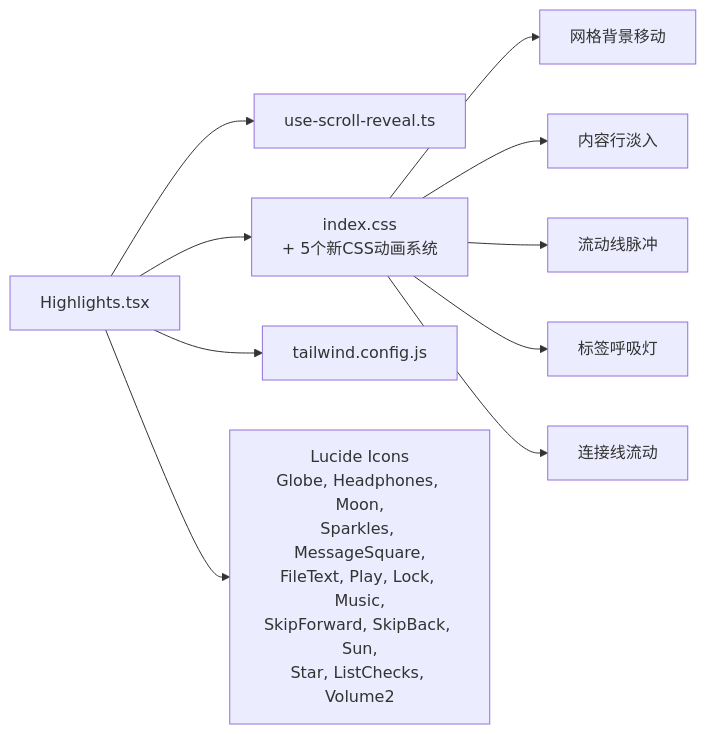
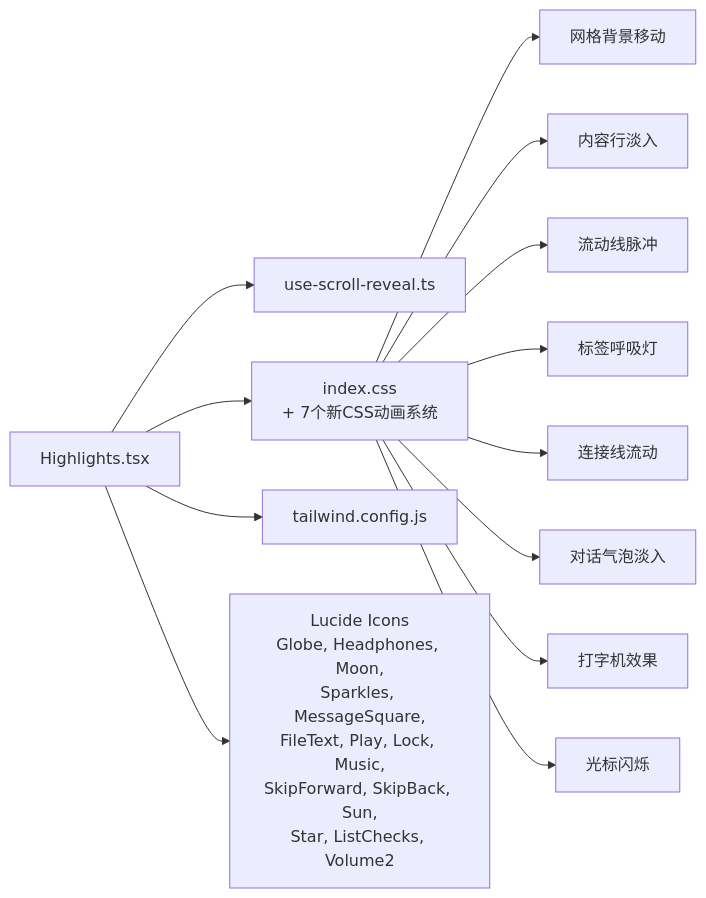
The fifth of 5 diagrams in .qoder/repowiki/zh/content/架构设计/组件架构/页面组件/Highlights组件.md (Primoguo/naolizhi.cn), drawn with Mermaid before and after one commit. The commit also changed other lines of this file and 23 other files, not shown here.

````diff
--- a/.qoder/repowiki/zh/content/架构设计/组件架构/页面组件/Highlights组件.md
+++ b/.qoder/repowiki/zh/content/架构设计/组件架构/页面组件/Highlights组件.md
@@ -354,12 +388,15 @@
 ```mermaid
 graph LR
 H["Highlights.tsx"] --> R["use-scroll-reveal.ts"]
-H --> S["index.css<br/>+ 5个新CSS动画系统"]
+H --> S["index.css<br/>+ 7个新CSS动画系统"]
 H --> T["tailwind.config.js"]
 H --> L["Lucide Icons<br/>Globe, Headphones, Moon,<br/>Sparkles, MessageSquare,<br/>FileText, Play, Lock, Music,<br/>SkipForward, SkipBack, Sun,<br/>Star, ListChecks, Volume2"]
 S --> A1["网格背景移动"]
 S --> A2["内容行淡入"]
 S --> A3["流动线脉冲"]
 S --> A4["标签呼吸灯"]
 S --> A5["连接线流动"]
+S --> A6["对话气泡淡入"]
+S --> A7["打字机效果"]
+S --> A8["光标闪烁"]
 ```
````
